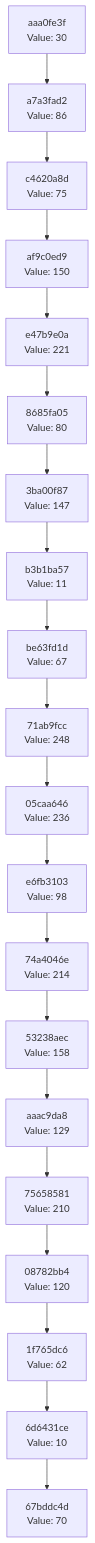
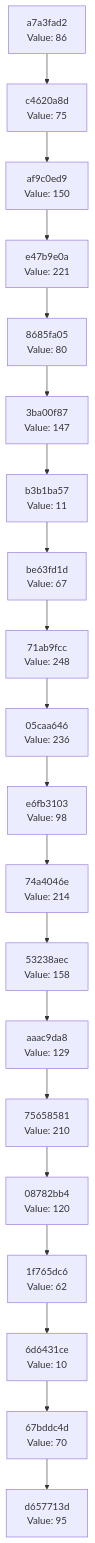
One commit to Abhisheksinha1506/hash-chain-evolver changed the diagram in docs/CHAIN_VISUALIZATION.md. Above: the diagram before and after it, drawn with Mermaid. The commit also changed 2 other files, not shown here.

Commit message:
Evolution Step

````diff
--- a/docs/CHAIN_VISUALIZATION.md
+++ b/docs/CHAIN_VISUALIZATION.md
@@ -3,42 +3,42 @@
 ```mermaid
 graph TD
-    C0["67bddc4d<br/>Value: 70"]
-    C1["6d6431ce<br/>Value: 10"]
+    C0["d657713d<br/>Value: 95"]
+    C1["67bddc4d<br/>Value: 70"]
     C1 --> C0
-    C2["1f765dc6<br/>Value: 62"]
+    C2["6d6431ce<br/>Value: 10"]
     C2 --> C1
-    C3["08782bb4<br/>Value: 120"]
+    C3["1f765dc6<br/>Value: 62"]
     C3 --> C2
-    C4["75658581<br/>Value: 210"]
+    C4["08782bb4<br/>Value: 120"]
     C4 --> C3
-    C5["aaac9da8<br/>Value: 129"]
+    C5["75658581<br/>Value: 210"]
     C5 --> C4
-    C6["53238aec<br/>Value: 158"]
+    C6["aaac9da8<br/>Value: 129"]
     C6 --> C5
-    C7["74a4046e<br/>Value: 214"]
+    C7["53238aec<br/>Value: 158"]
     C7 --> C6
-    C8["e6fb3103<br/>Value: 98"]
+    C8["74a4046e<br/>Value: 214"]
     C8 --> C7
-    C9["05caa646<br/>Value: 236"]
+    C9["e6fb3103<br/>Value: 98"]
     C9 --> C8
-    C10["71ab9fcc<br/>Value: 248"]
+    C10["05caa646<br/>Value: 236"]
     C10 --> C9
-    C11["be63fd1d<br/>Value: 67"]
+    C11["71ab9fcc<br/>Value: 248"]
     C11 --> C10
-    C12["b3b1ba57<br/>Value: 11"]
+    C12["be63fd1d<br/>Value: 67"]
     C12 --> C11
-    C13["3ba00f87<br/>Value: 147"]
+    C13["b3b1ba57<br/>Value: 11"]
     C13 --> C12
-    C14["8685fa05<br/>Value: 80"]
+    C14["3ba00f87<br/>Value: 147"]
     C14 --> C13
-    C15["e47b9e0a<br/>Value: 221"]
+    C15["8685fa05<br/>Value: 80"]
     C15 --> C14
-    C16["af9c0ed9<br/>Value: 150"]
+    C16["e47b9e0a<br/>Value: 221"]
     C16 --> C15
-    C17["c4620a8d<br/>Value: 75"]
+    C17["af9c0ed9<br/>Value: 150"]
     C17 --> C16
-    C18["a7a3fad2<br/>Value: 86"]
+    C18["c4620a8d<br/>Value: 75"]
     C18 --> C17
-    C19["aaa0fe3f<br/>Value: 30"]
+    C19["a7a3fad2<br/>Value: 86"]
     C19 --> C18
 ```
````
